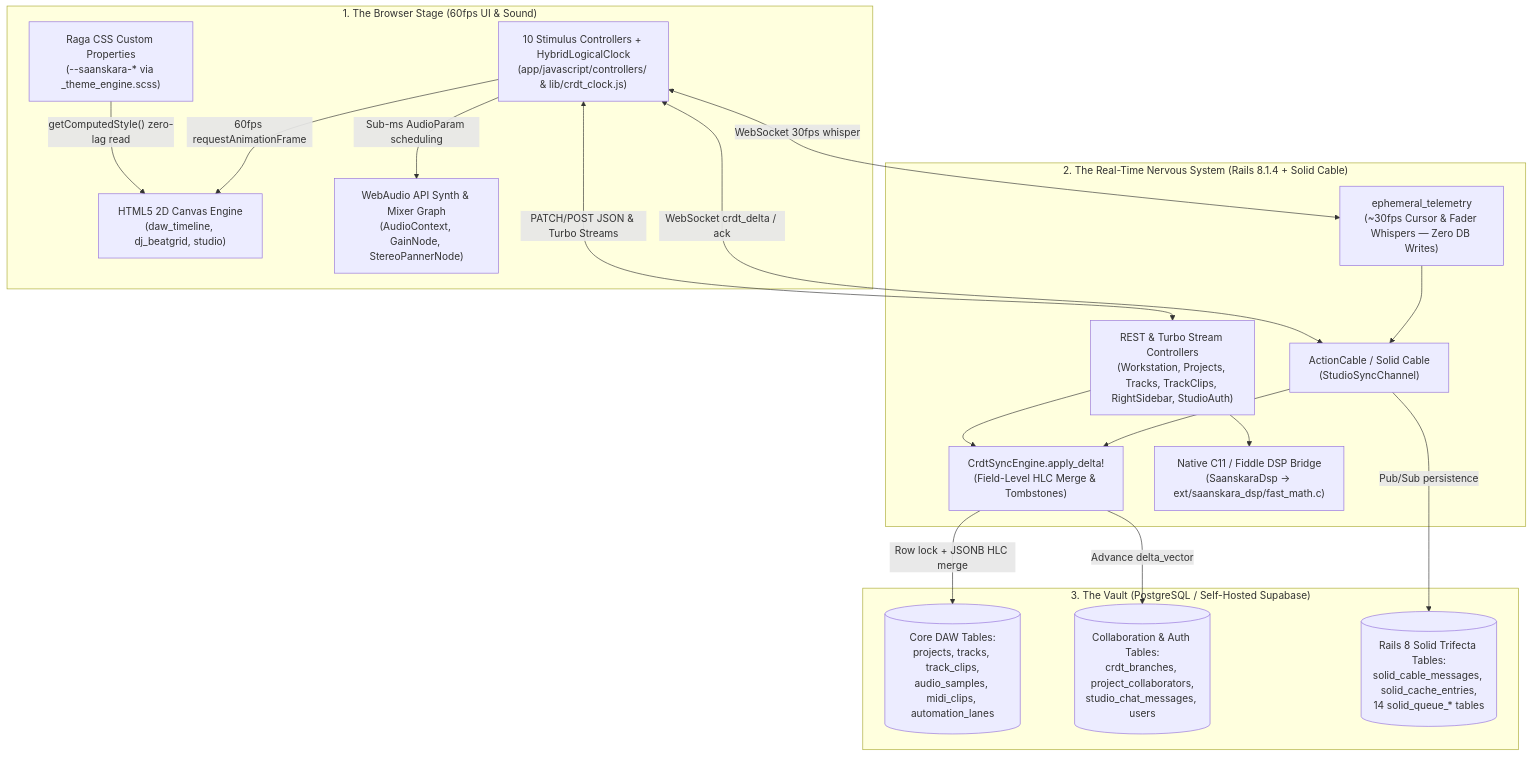
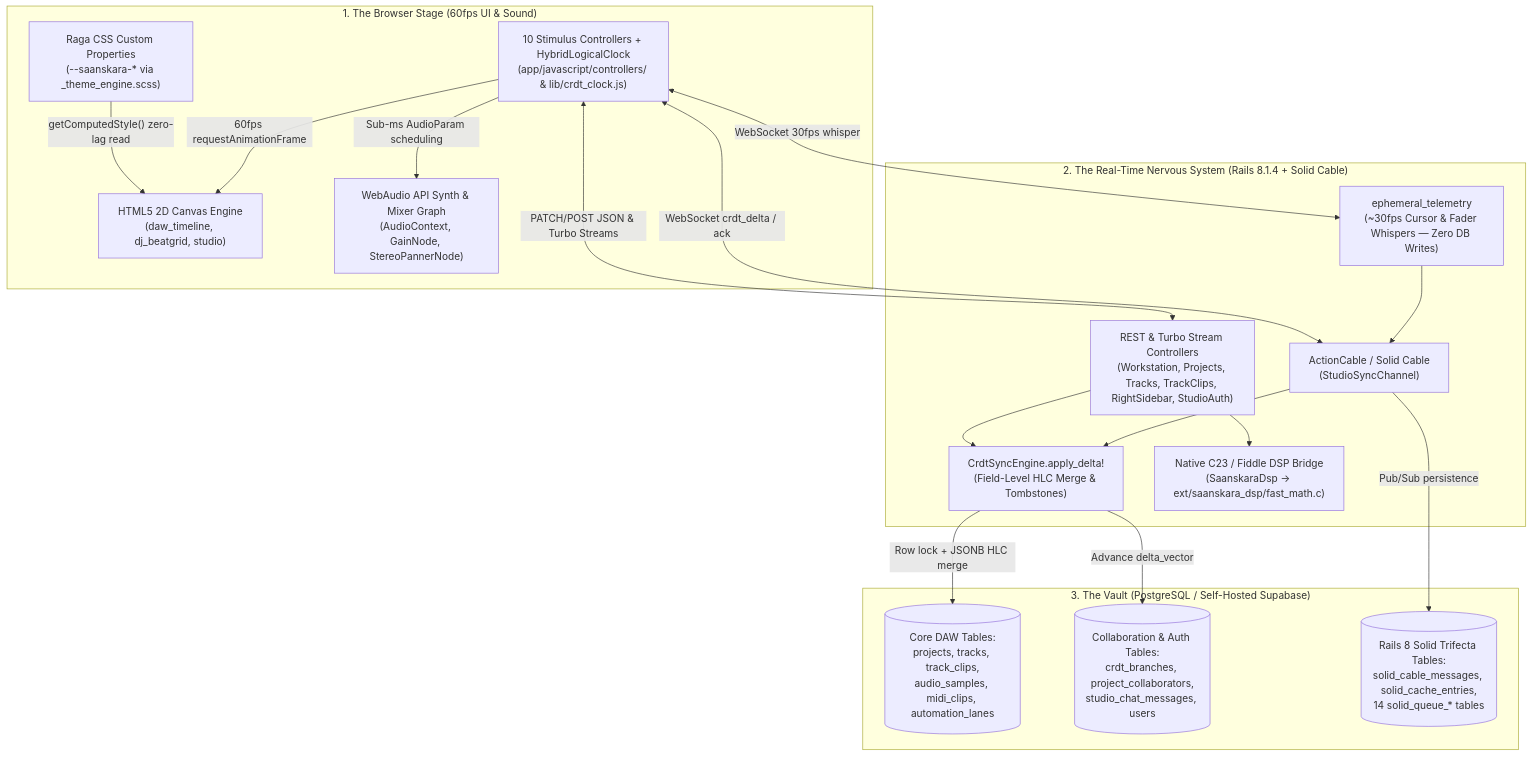
One commit to AzDarGee/Jyki changed the first of 4 diagrams in debrief.md. Above: the diagram before and after it, drawn with Mermaid. The commit also changed other lines of this file and 17 other files, not shown here.

````diff
--- a/debrief.md
+++ b/debrief.md
@@ -52,37 +52,37 @@
 ```mermaid
 graph TD
   subgraph Layer1["1. The Browser Stage (60fps UI & Sound)"]
     Canvas["HTML5 2D Canvas Engine<br/>(daw_timeline, dj_beatgrid, studio)"]
     WebAudio["WebAudio API Synth & Mixer Graph<br/>(AudioContext, GainNode, StereoPannerNode)"]
     Stimulus["10 Stimulus Controllers + HybridLogicalClock<br/>(app/javascript/controllers/ & lib/crdt_clock.js)"]
     ThemeCSS["Raga CSS Custom Properties<br/>(--saanskara-* via _theme_engine.scss)"]
   end
 
   subgraph Layer2["2. The Real-Time Nervous System (Rails 8.1.4 + Solid Cable)"]
     SolidCable["ActionCable / Solid Cable<br/>(StudioSyncChannel)"]
     Ephemeral["ephemeral_telemetry<br/>(~30fps Cursor & Fader Whispers — Zero DB Writes)"]
     CrdtEngine["CrdtSyncEngine.apply_delta!<br/>(Field-Level HLC Merge & Tombstones)"]
     Controllers["REST & Turbo Stream Controllers<br/>(Workstation, Projects, Tracks, TrackClips, RightSidebar, StudioAuth)"]
-    NativeDSP["Native C11 / Fiddle DSP Bridge<br/>(SaanskaraDsp -> ext/saanskara_dsp/fast_math.c)"]
+    NativeDSP["Native C23 / Fiddle DSP Bridge<br/>(SaanskaraDsp -> ext/saanskara_dsp/fast_math.c)"]
   end
 
   subgraph Layer3["3. The Vault (PostgreSQL / Self-Hosted Supabase)"]
     CoreDB[("Core DAW Tables:<br/>projects, tracks, track_clips,<br/>audio_samples, midi_clips, automation_lanes")]
     CollabDB[("Collaboration & Auth Tables:<br/>crdt_branches, project_collaborators,<br/>studio_chat_messages, users")]
     SolidDB[("Rails 8 Solid Trifecta Tables:<br/>solid_cable_messages, solid_cache_entries,<br/>14 solid_queue_* tables")]
   end
 
   Stimulus -->|"60fps requestAnimationFrame"| Canvas
   Stimulus -->|"Sub-ms AudioParam scheduling"| WebAudio
   ThemeCSS -->|"getComputedStyle() zero-lag read"| Canvas
   Stimulus <-->|"WebSocket 30fps whisper"| Ephemeral
   Ephemeral --> SolidCable
   Stimulus <-->|"WebSocket crdt_delta / ack"| SolidCable
   SolidCable --> CrdtEngine
   Stimulus <-->|"PATCH/POST JSON & Turbo Streams"| Controllers
   Controllers --> CrdtEngine
   Controllers --> NativeDSP
   CrdtEngine -->|"Row lock + JSONB HLC merge"| CoreDB
   CrdtEngine -->|"Advance delta_vector"| CollabDB
   SolidCable -->|"Pub/Sub persistence"| SolidDB
 ```
````
